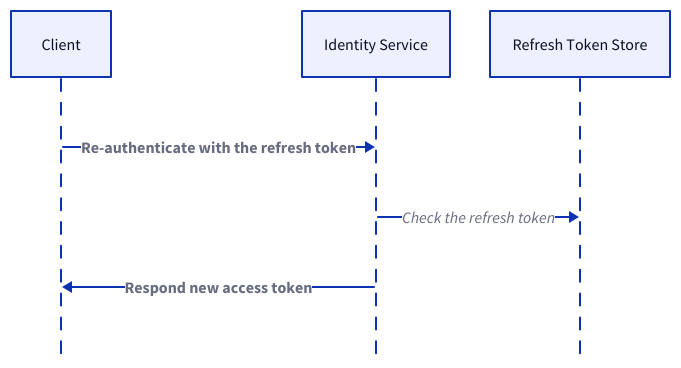
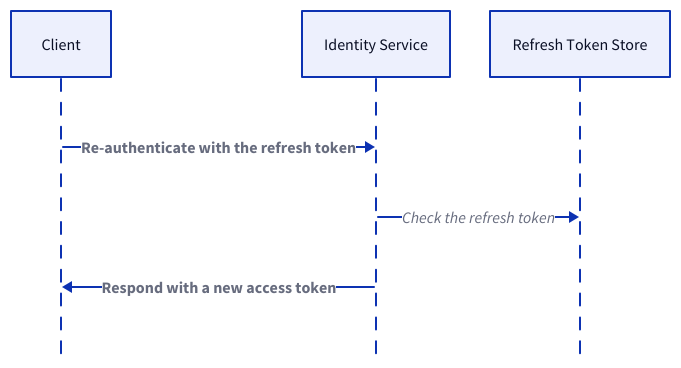
Before and after one commit to link1905/system-design-101: the seventh of 26 diagrams in content/system-administration/system-protection/iam.md, drawn with D2. The commit also changed other lines of this file and 42 other files, not shown here.

````diff
--- a/content/system-administration/system-protection/iam.md
+++ b/content/system-administration/system-protection/iam.md
@@ -325,19 +326,19 @@
 ```d2
 shape: sequence_diagram
 c: Client {
     class: client
 }
 a: Identity Service {
     class: server
 }
 store: Refresh Token Store {
     class: cache
 }
 c -> a: Re-authenticate with the refresh token {
     style.bold: true
 }
 a -> store: Check the refresh token
-c <- a: Respond new access token {
+c <- a: Respond with a new access token {
   style.bold: true
 }
 ```
````
